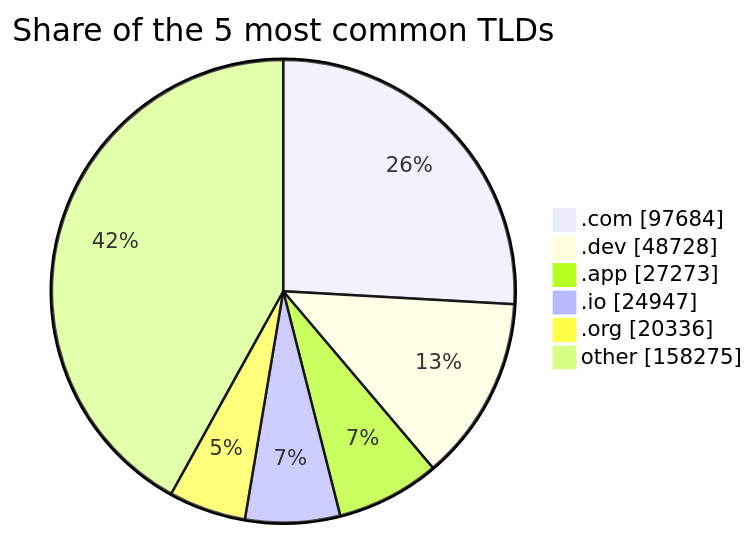
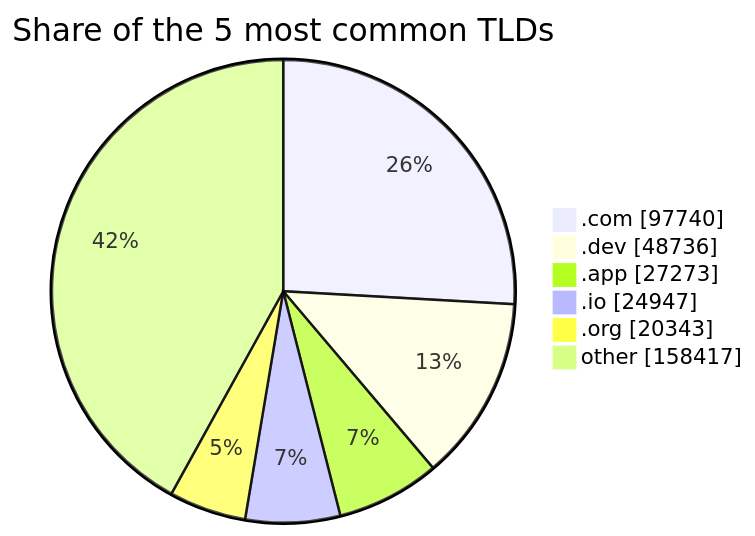
One commit to DNSBunker/CTI changed the third of 3 diagrams in README.md. Above: the diagram before and after it, drawn with Mermaid. The commit also changed other lines of this file and 3 other files, not shown here.

````diff
--- a/README.md
+++ b/README.md
@@ -81,9 +81,9 @@
 ```mermaid
 pie showData title Share of the 5 most common TLDs
-    ".com" : 97684
-    ".dev" : 48728
+    ".com" : 97740
+    ".dev" : 48736
     ".app" : 27273
     ".io" : 24947
-    ".org" : 20336
-    "other" : 158275
+    ".org" : 20343
+    "other" : 158417
 ```
````
